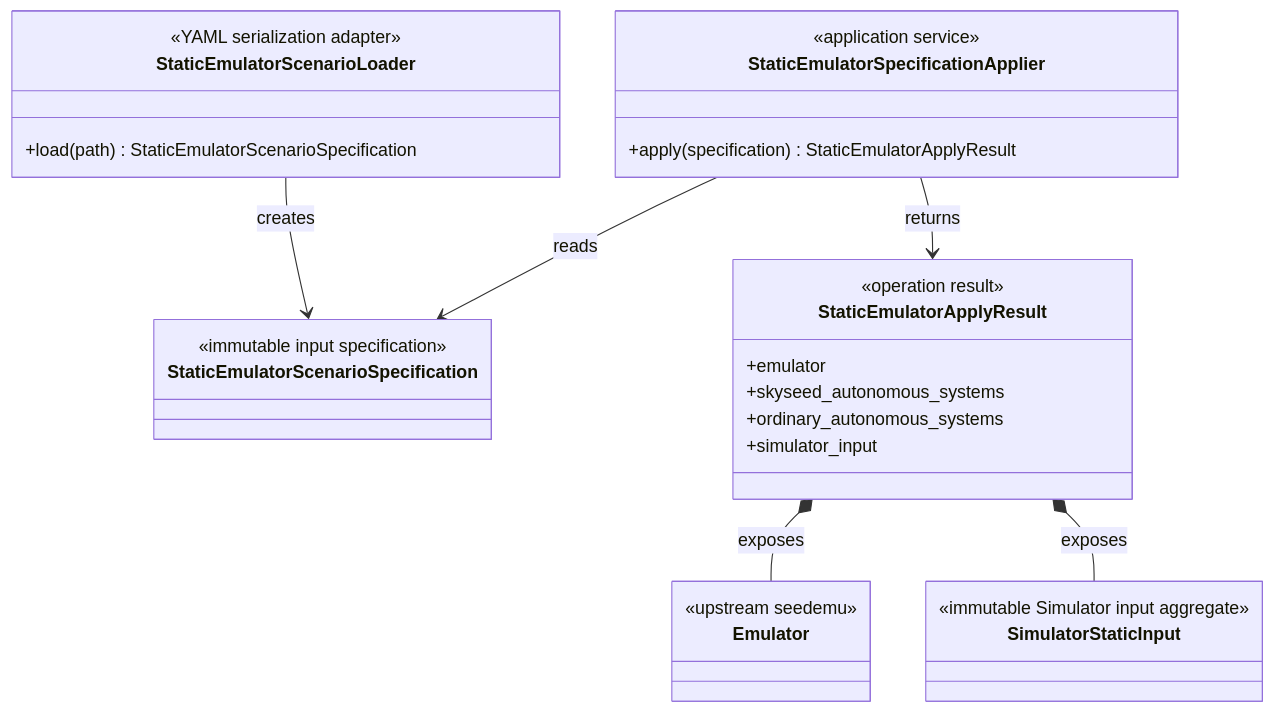
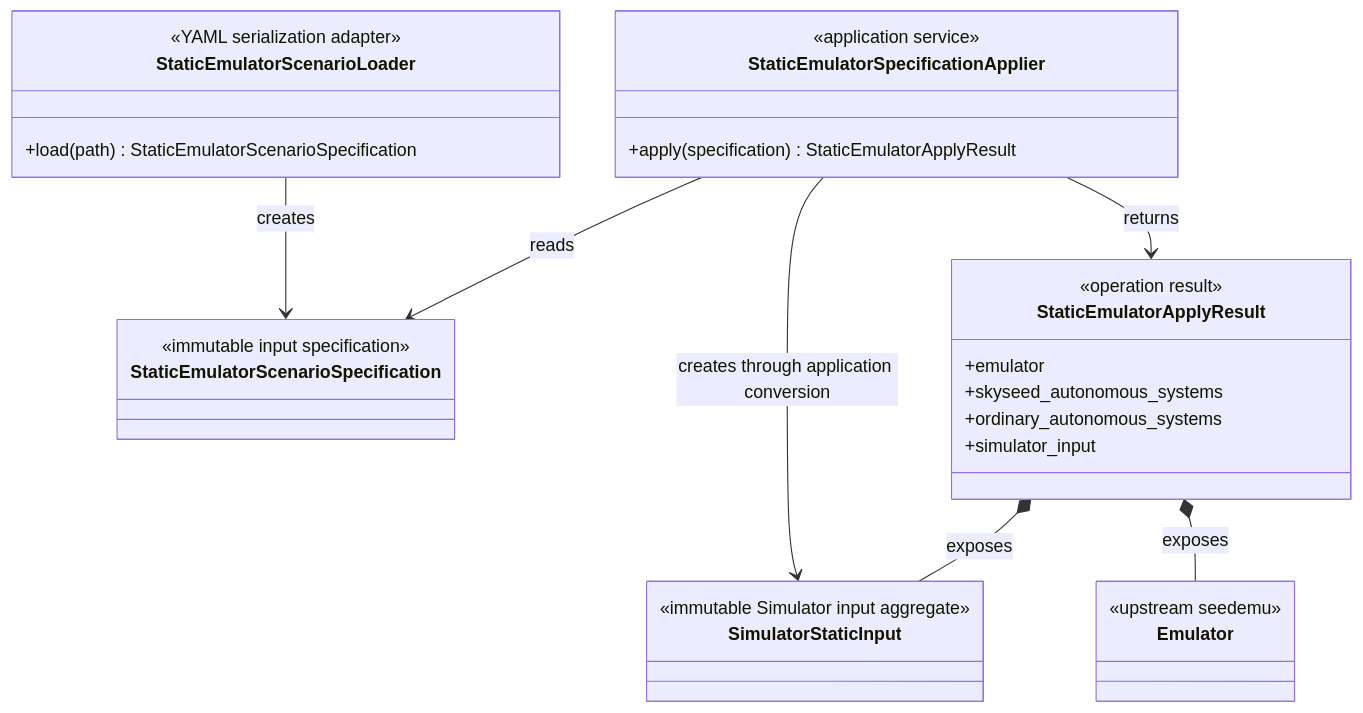
One commit to seed-labs/skyseed changed the fourth of 5 diagrams in skyseed_v2/docs/architecture/conceptual-class-diagrams.md. Above: the diagram before and after it, drawn with Mermaid. The commit also changed other lines of this file and 47 other files, not shown here.

Commit message:
Keep Simulator static inputs independent from Emulator integration

````diff
--- a/skyseed_v2/docs/architecture/conceptual-class-diagrams.md
+++ b/skyseed_v2/docs/architecture/conceptual-class-diagrams.md
@@ -111,33 +113,34 @@
 ```mermaid
 classDiagram
     class StaticEmulatorScenarioSpecification {
         <<immutable input specification>>
     }
     class StaticEmulatorScenarioLoader {
         <<YAML serialization adapter>>
         +load(path) StaticEmulatorScenarioSpecification
     }
     class StaticEmulatorSpecificationApplier {
         <<application service>>
         +apply(specification) StaticEmulatorApplyResult
     }
     class StaticEmulatorApplyResult {
         <<operation result>>
         +emulator
         +skyseed_autonomous_systems
         +ordinary_autonomous_systems
         +simulator_input
     }
     class SimulatorStaticInput {
         <<immutable Simulator input aggregate>>
     }
     class Emulator {
         <<upstream seedemu>>
     }
 
     StaticEmulatorScenarioLoader --> StaticEmulatorScenarioSpecification : creates
     StaticEmulatorSpecificationApplier --> StaticEmulatorScenarioSpecification : reads
+    StaticEmulatorSpecificationApplier --> SimulatorStaticInput : creates through application conversion
     StaticEmulatorSpecificationApplier --> StaticEmulatorApplyResult : returns
     StaticEmulatorApplyResult *-- Emulator : exposes
     StaticEmulatorApplyResult *-- SimulatorStaticInput : exposes
 ```
````
